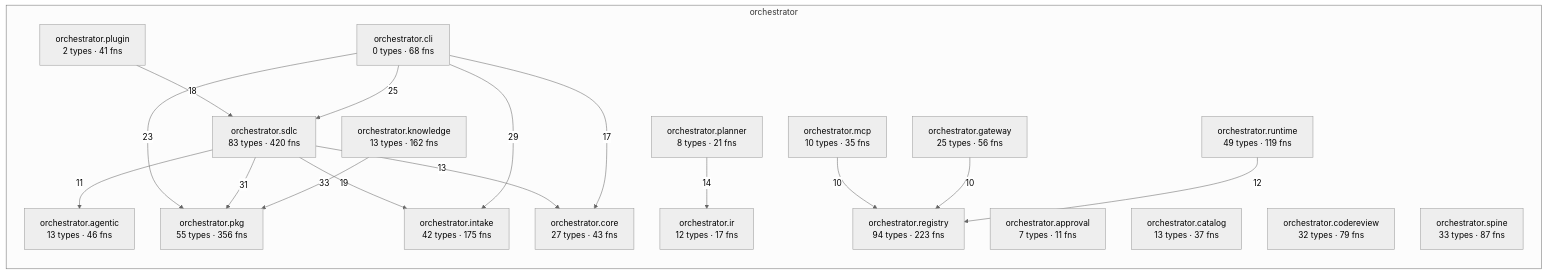
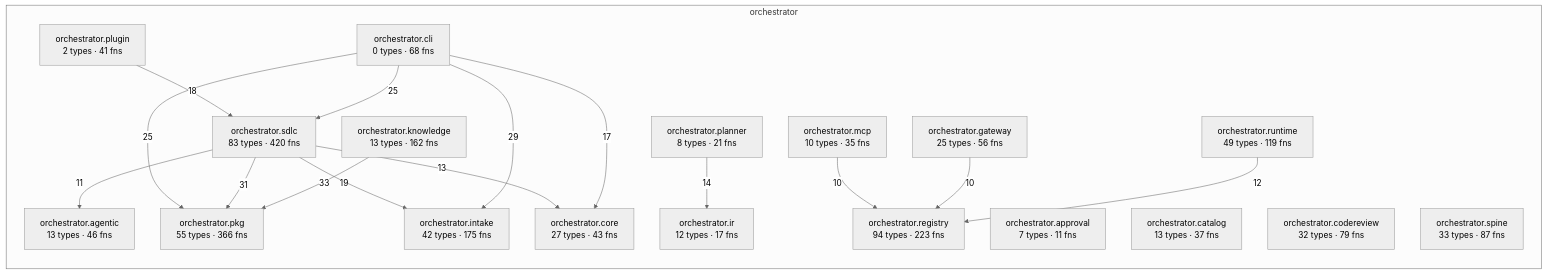
One commit to synaptixs/spine changed the diagram in episteme/architecture.md. Above: the diagram before and after it, drawn with Mermaid (neutral theme). The commit also changed other lines of this file and 12 other files, not shown here.

````diff
--- a/episteme/architecture.md
+++ b/episteme/architecture.md
@@ -54,37 +54,37 @@
 ```mermaid
 flowchart LR
   subgraph z_orchestrator["orchestrator"]
     aorchestratoragentic["orchestrator.agentic<br/>13 types · 46 fns"]
     aorchestratorapproval["orchestrator.approval<br/>7 types · 11 fns"]
     aorchestratorcatalog["orchestrator.catalog<br/>13 types · 37 fns"]
     aorchestratorcli["orchestrator.cli<br/>0 types · 68 fns"]
     aorchestratorcodereview["orchestrator.codereview<br/>32 types · 79 fns"]
     aorchestratorcore["orchestrator.core<br/>27 types · 43 fns"]
     aorchestratorgateway["orchestrator.gateway<br/>25 types · 56 fns"]
     aorchestratorintake["orchestrator.intake<br/>42 types · 175 fns"]
     aorchestratorir["orchestrator.ir<br/>12 types · 17 fns"]
     aorchestratorknowledge["orchestrator.knowledge<br/>13 types · 162 fns"]
     aorchestratormcp["orchestrator.mcp<br/>10 types · 35 fns"]
-    aorchestratorpkg["orchestrator.pkg<br/>55 types · 356 fns"]
+    aorchestratorpkg["orchestrator.pkg<br/>55 types · 366 fns"]
     aorchestratorplanner["orchestrator.planner<br/>8 types · 21 fns"]
     aorchestratorplugin["orchestrator.plugin<br/>2 types · 41 fns"]
     aorchestratorregistry["orchestrator.registry<br/>94 types · 223 fns"]
     aorchestratorruntime["orchestrator.runtime<br/>49 types · 119 fns"]
     aorchestratorsdlc["orchestrator.sdlc<br/>83 types · 420 fns"]
     aorchestratorspine["orchestrator.spine<br/>33 types · 87 fns"]
   end
   aorchestratorknowledge -->|33| aorchestratorpkg
   aorchestratorsdlc -->|31| aorchestratorpkg
   aorchestratorcli -->|29| aorchestratorintake
   aorchestratorcli -->|25| aorchestratorsdlc
-  aorchestratorcli -->|23| aorchestratorpkg
+  aorchestratorcli -->|25| aorchestratorpkg
   aorchestratorsdlc -->|19| aorchestratorintake
   aorchestratorplugin -->|18| aorchestratorsdlc
   aorchestratorcli -->|17| aorchestratorcore
   aorchestratorplanner -->|14| aorchestratorir
   aorchestratorsdlc -->|13| aorchestratorcore
   aorchestratorruntime -->|12| aorchestratorregistry
   aorchestratorsdlc -->|11| aorchestratoragentic
   aorchestratorgateway -->|10| aorchestratorregistry
   aorchestratormcp -->|10| aorchestratorregistry
 ```
````
